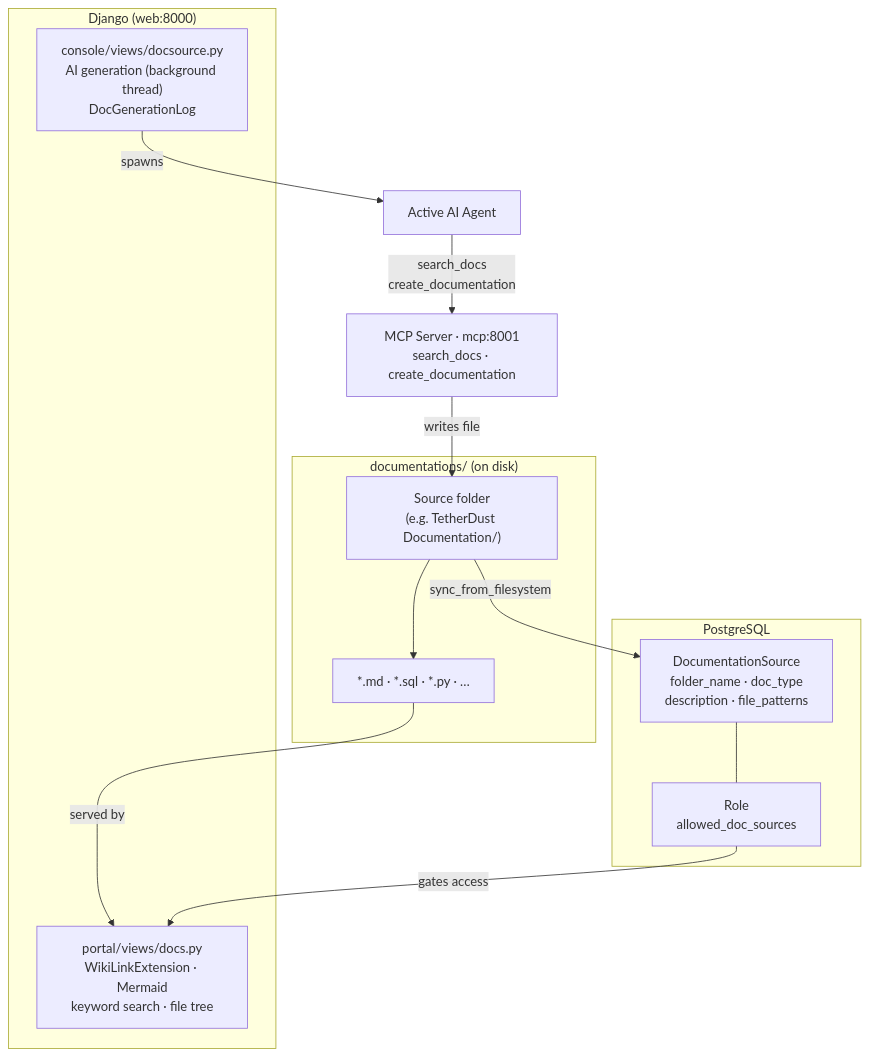
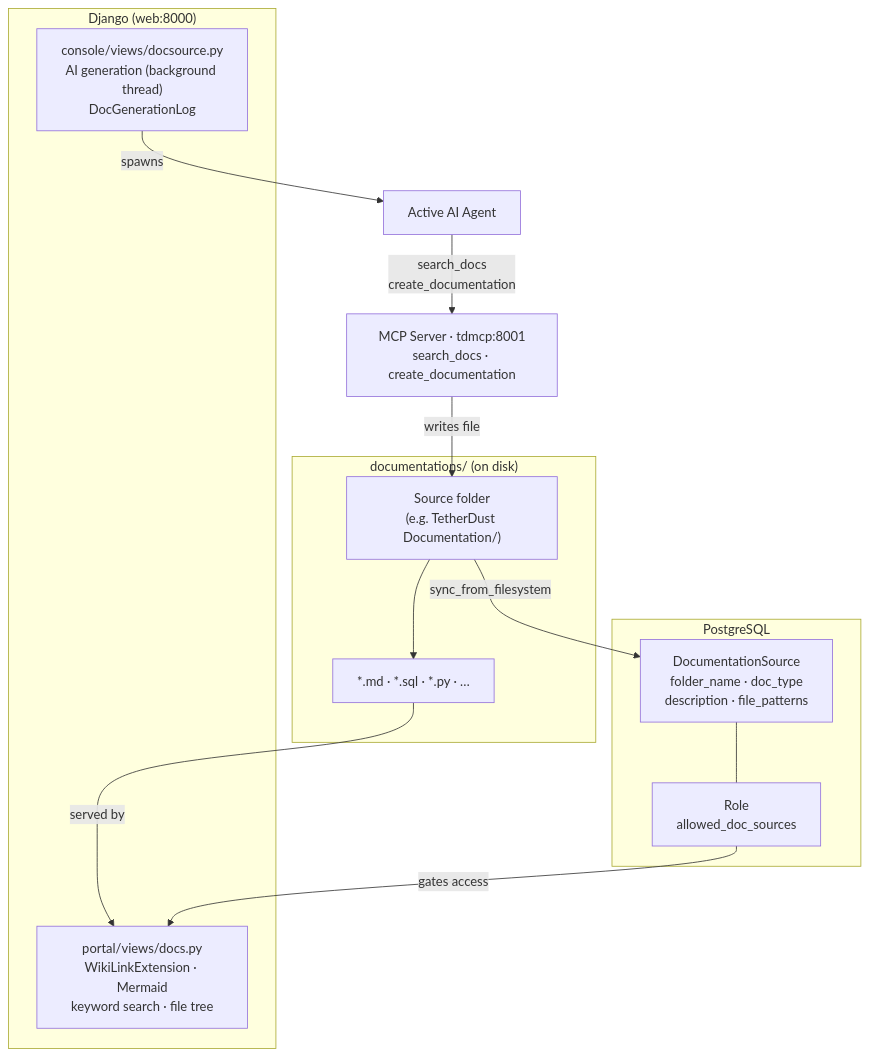
Before and after one commit to mpospirit-apps/TetherDust: the first of 2 diagrams in documentations/TetherDust Documentation/2. Features/3. Docs.md, drawn with Mermaid. The commit also changed 73 other files, not shown here.

Commit message:
chore: move mcp_server to root as tdmcp and align service, container, and configuration naming

````diff
--- a/documentations/TetherDust Documentation/2. Features/3. Docs.md
+++ b/documentations/TetherDust Documentation/2. Features/3. Docs.md
@@ -26,29 +26,29 @@
 ```mermaid
 flowchart TD
     subgraph disk["documentations/ (on disk)"]
         Folder["Source folder\n(e.g. TetherDust Documentation/)"]
         Files["*.md · *.sql · *.py · …"]
         Folder --> Files
     end
 
     subgraph db["PostgreSQL"]
         Source["DocumentationSource\nfolder_name · doc_type\ndescription · file_patterns"]
         Role["Role\nallowed_doc_sources"]
         Source --- Role
     end
 
     subgraph web["Django (web:8000)"]
         Viewer["portal/views/docs.py\nWikiLinkExtension · Mermaid\nkeyword search · file tree"]
         ConsoleGen["console/views/docsource.py\nAI generation (background thread)\nDocGenerationLog"]
     end
 
     Agent["Active AI Agent"]
-    MCP["MCP Server · mcp:8001\nsearch_docs · create_documentation"]
+    MCP["MCP Server · tdmcp:8001\nsearch_docs · create_documentation"]
 
     Folder -->|sync_from_filesystem| Source
     Files -->|served by| Viewer
     Role -->|gates access| Viewer
     ConsoleGen -->|spawns| Agent
     Agent -->|search_docs\ncreate_documentation| MCP
     MCP -->|writes file| Folder
 ```
````
